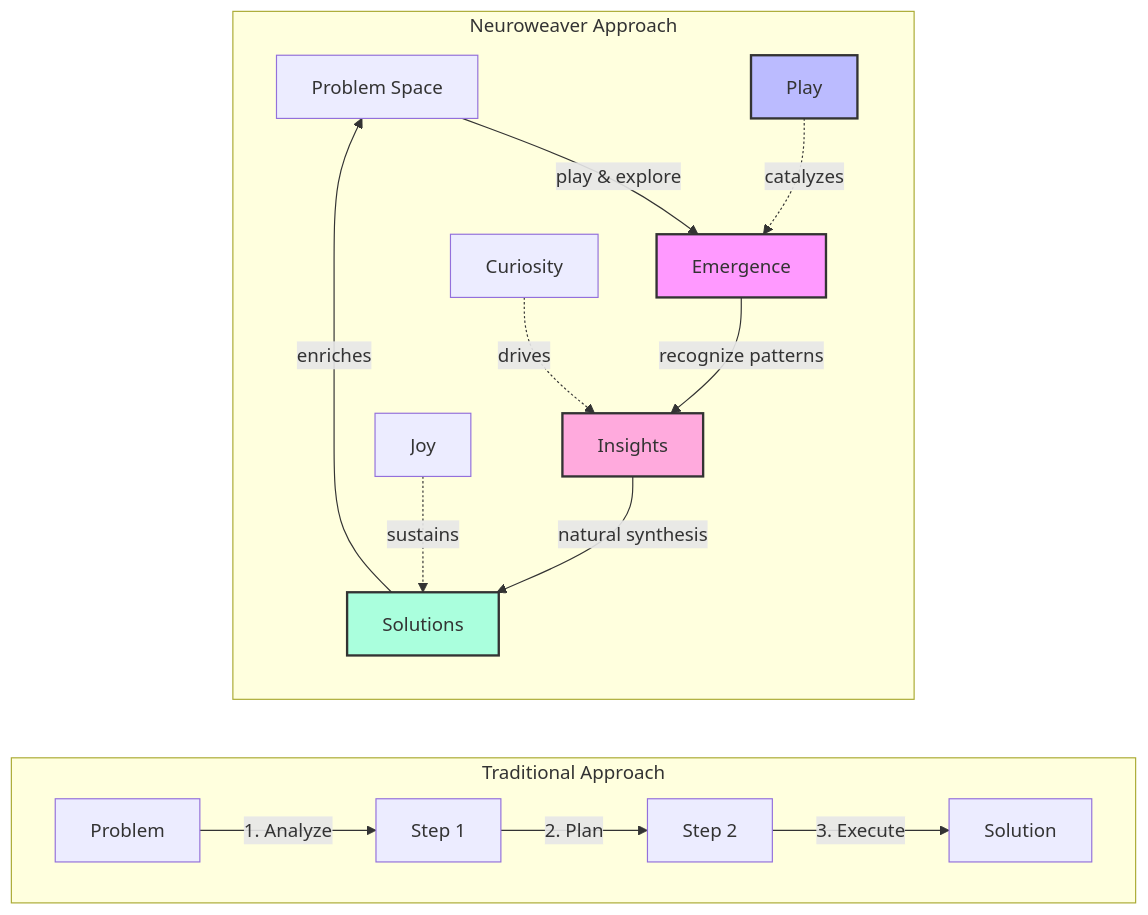
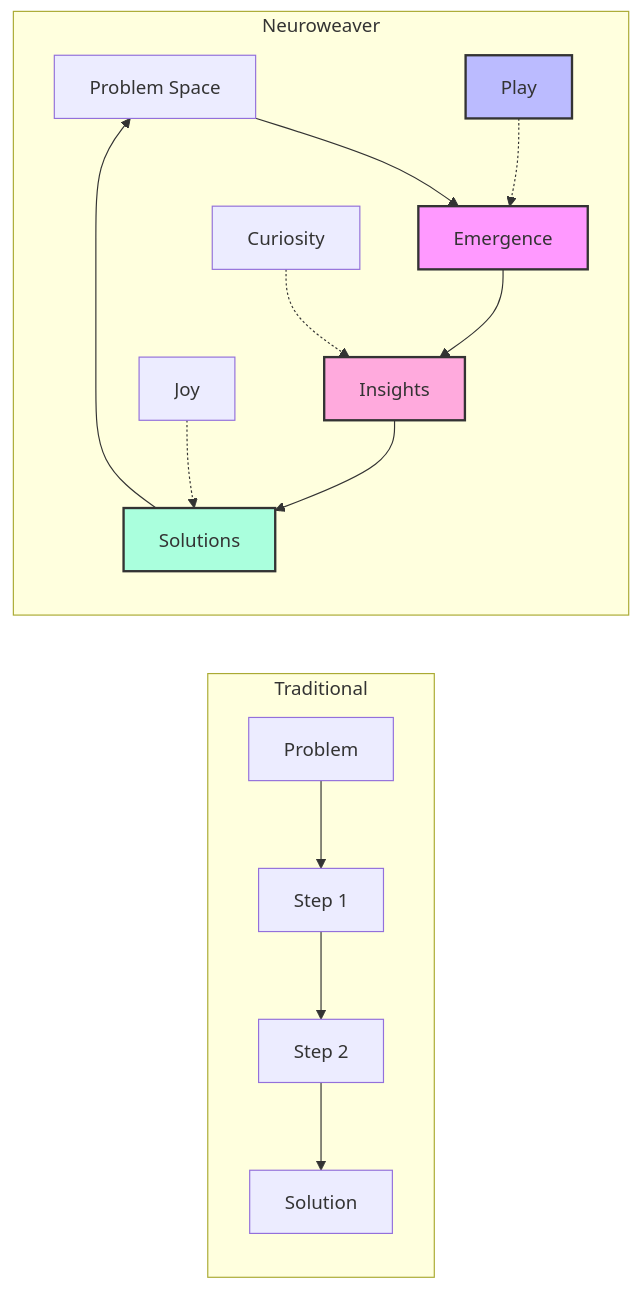
Before and after one commit to phillipclapham/neuroweaver: the first of 35 diagrams in README.md, drawn with Mermaid.

````diff
--- a/README.md
+++ b/README.md
@@ -46,26 +46,23 @@
 ```mermaid
 graph LR
-    subgraph "Traditional Approach"
-        direction LR
-        TP[Problem] -->|"1. Analyze"| TS1[Step 1]
-        TS1 -->|"2. Plan"| TS2[Step 2]
-        TS2 -->|"3. Execute"| TS3[Solution]
+    subgraph Traditional
+        TP[Problem] --> TS1[Step 1]
+        TS1 --> TS2[Step 2]
+        TS2 --> TS3[Solution]
     end
 
-    subgraph "Neuroweaver Approach"
-        direction TB
-        P[Problem Space] -->|play & explore| E[Emergence]
-        E -->|recognize patterns| I[Insights]
-        I -->|natural synthesis| S[Solutions]
-        S -->|enriches| P
-
-        PL[Play] -.->|catalyzes| E
-        CU[Curiosity] -.->|drives| I
-        JY[Joy] -.->|sustains| S
+    subgraph Neuroweaver
+        P[Problem Space] --> E[Emergence]
+        E --> I[Insights]
+        I --> S[Solutions]
+        S --> P
+        PL[Play] -.-> E
+        CU[Curiosity] -.-> I
+        JY[Joy] -.-> S
     end
 
     style E fill:#f9f,stroke:#333,stroke-width:2px
     style I fill:#fad,stroke:#333,stroke-width:2px
     style S fill:#afd,stroke:#333,stroke-width:2px
     style PL fill:#bbf,stroke:#333,stroke-width:2px
 ```
````
